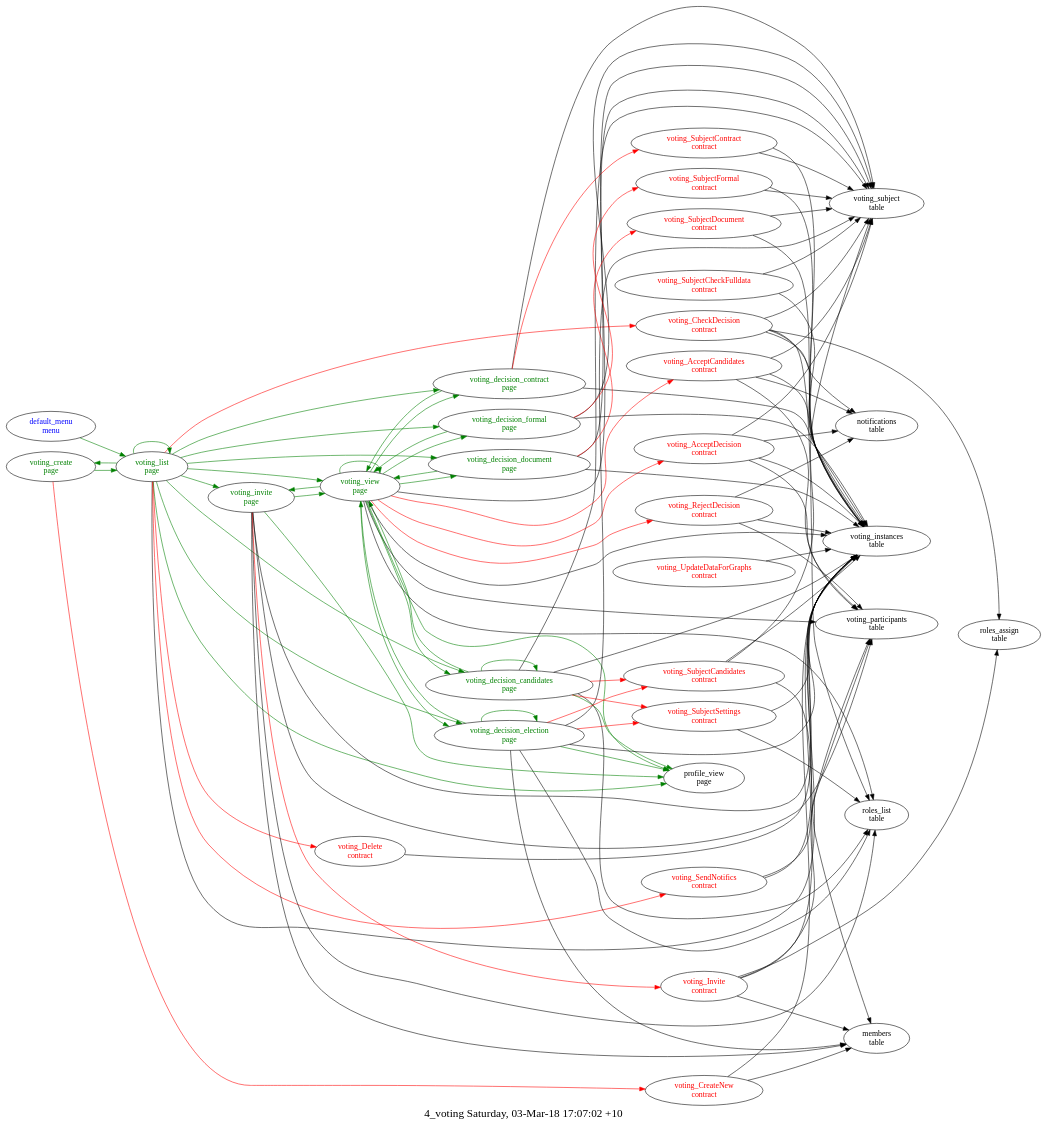
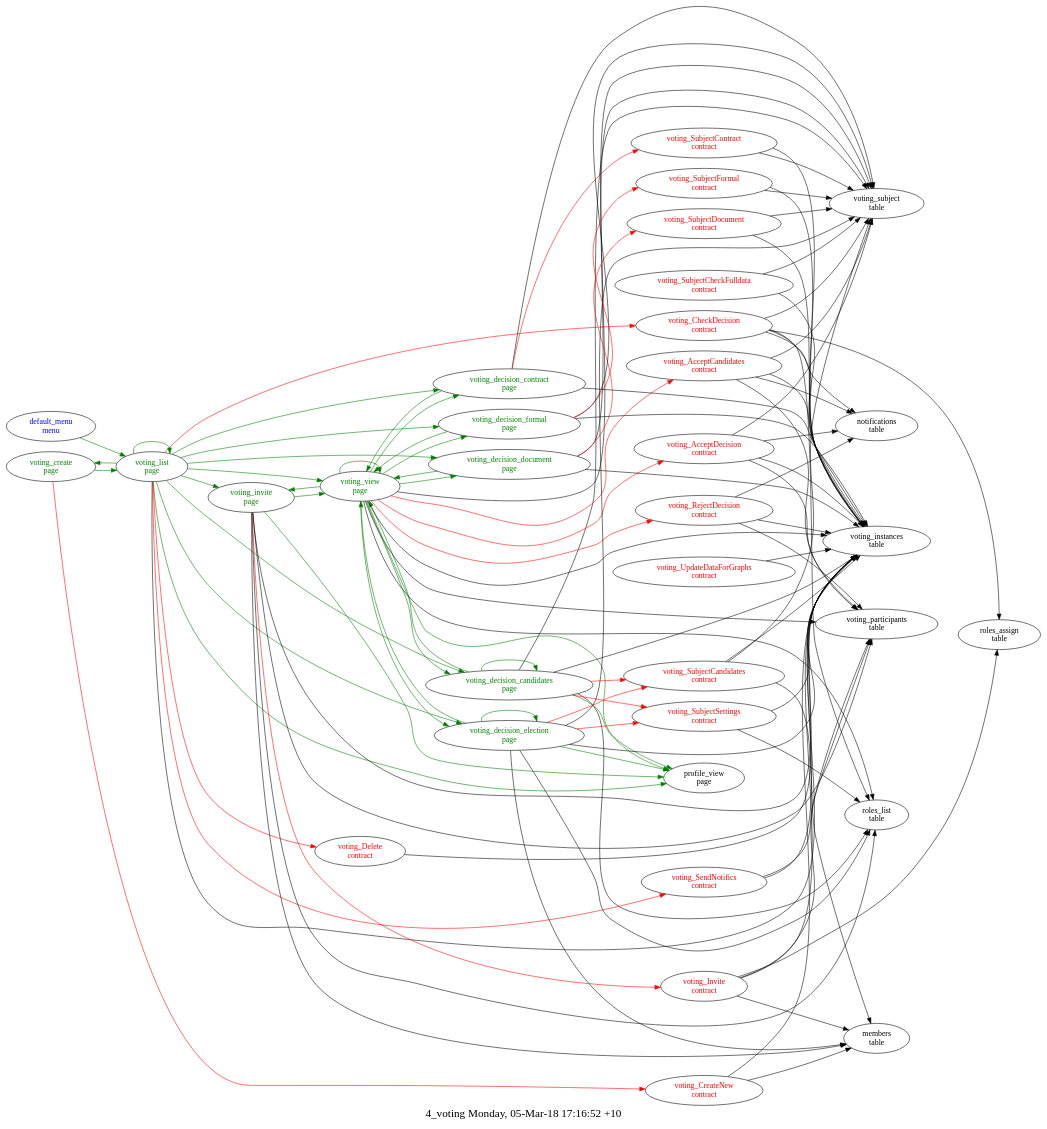
The diagram in src/basic/common/4_voting/struct.dot (AplaProject/apps), drawn with Graphviz before and after one commit. The commit also changed 70 other files, not shown here.

```diff
--- a/src/basic/common/4_voting/struct.dot
+++ b/src/basic/common/4_voting/struct.dot
@@ -1,140 +1,140 @@
 digraph G {
 fontsize="20.0";
-label="4_voting Saturday, 03-Mar-18 17:07:02 +10";
+label="4_voting Monday, 05-Mar-18 17:16:52 +10";
 rankdir=LR;
 "voting_CheckDecision\ncontract" -> "voting_instances\ntable"
 "voting_CheckDecision\ncontract" -> "voting_subject\ntable"
 "voting_CheckDecision\ncontract" -> "notifications\ntable"
 "voting_CheckDecision\ncontract" -> "roles_list\ntable"
 "voting_CheckDecision\ncontract" -> "roles_assign\ntable"
 "voting_CheckDecision\ncontract" [fontcolor=red, group=contracts];
 "voting_UpdateDataForGraphs\ncontract" -> "voting_instances\ntable"
 "voting_UpdateDataForGraphs\ncontract" [fontcolor=red, group=contracts];
 "voting_AcceptCandidates\ncontract" -> "voting_instances\ntable"
 "voting_AcceptCandidates\ncontract" -> "voting_subject\ntable"
 "voting_AcceptCandidates\ncontract" -> "voting_participants\ntable"
 "voting_AcceptCandidates\ncontract" -> "notifications\ntable"
 "voting_AcceptCandidates\ncontract" [fontcolor=red, group=contracts];
 "voting_Invite\ncontract" -> "voting_instances\ntable"
 "voting_Invite\ncontract" -> "voting_participants\ntable"
 "voting_Invite\ncontract" -> "members\ntable"
 "voting_Invite\ncontract" -> "roles_assign\ntable"
 "voting_Invite\ncontract" [fontcolor=red, group=contracts];
 "voting_Delete\ncontract" -> "voting_instances\ntable"
 "voting_Delete\ncontract" [fontcolor=red, group=contracts];
 "voting_CreateNew\ncontract" -> "members\ntable"
 "voting_CreateNew\ncontract" -> "voting_instances\ntable"
 "voting_CreateNew\ncontract" [fontcolor=red, group=contracts];
 "voting_AcceptDecision\ncontract" -> "voting_instances\ntable"
 "voting_AcceptDecision\ncontract" -> "voting_subject\ntable"
 "voting_AcceptDecision\ncontract" -> "voting_participants\ntable"
 "voting_AcceptDecision\ncontract" -> "notifications\ntable"
 "voting_AcceptDecision\ncontract" [fontcolor=red, group=contracts];
 "voting_SendNotifics\ncontract" -> "voting_instances\ntable"
 "voting_SendNotifics\ncontract" -> "voting_participants\ntable"
 "voting_SendNotifics\ncontract" [fontcolor=red, group=contracts];
 "voting_SubjectCheckFulldata\ncontract" -> "voting_instances\ntable"
 "voting_SubjectCheckFulldata\ncontract" -> "voting_subject\ntable"
 "voting_SubjectCheckFulldata\ncontract" [fontcolor=red, group=contracts];
 "voting_SubjectCandidates\ncontract" -> "voting_instances\ntable"
 "voting_SubjectCandidates\ncontract" -> "voting_subject\ntable"
 "voting_SubjectCandidates\ncontract" -> "members\ntable"
 "voting_SubjectCandidates\ncontract" [fontcolor=red, group=contracts];
 "voting_SubjectContract\ncontract" -> "voting_instances\ntable"
 "voting_SubjectContract\ncontract" -> "voting_subject\ntable"
 "voting_SubjectContract\ncontract" [fontcolor=red, group=contracts];
 "voting_SubjectDocument\ncontract" -> "voting_instances\ntable"
 "voting_SubjectDocument\ncontract" -> "voting_subject\ntable"
 "voting_SubjectDocument\ncontract" [fontcolor=red, group=contracts];
 "voting_SubjectFormal\ncontract" -> "voting_instances\ntable"
 "voting_SubjectFormal\ncontract" -> "voting_subject\ntable"
 "voting_SubjectFormal\ncontract" [fontcolor=red, group=contracts];
 "voting_SubjectSettings\ncontract" -> "voting_instances\ntable"
 "voting_SubjectSettings\ncontract" -> "roles_list\ntable"
 "voting_SubjectSettings\ncontract" [fontcolor=red, group=contracts];
 "voting_RejectDecision\ncontract" -> "voting_instances\ntable"
 "voting_RejectDecision\ncontract" -> "voting_participants\ntable"
 "voting_RejectDecision\ncontract" -> "notifications\ntable"
 "voting_RejectDecision\ncontract" [fontcolor=red, group=contracts];
 "default_menu\nmenu" -> "voting_list\npage"  [ color=green ]
 "default_menu\nmenu" [fontcolor=blue, group=menus];
 "voting_create\npage" -> "voting_CreateNew\ncontract"  [ color=red ]
 "voting_create\npage" -> "voting_list\npage"  [ color=green ]
 "voting_create\npage" [fontcolor=green, group=pages];
 "voting_decision_candidates\npage" -> "voting_SubjectCandidates\ncontract"  [ color=red ]
 "voting_decision_candidates\npage" -> "voting_SubjectSettings\ncontract"  [ color=red ]
 "voting_decision_candidates\npage" -> "voting_instances\ntable"
 "voting_decision_candidates\npage" -> "voting_subject\ntable"
 "voting_decision_candidates\npage" -> "roles_list\ntable"
 "voting_decision_candidates\npage" -> "voting_decision_candidates\npage"  [ color=green ]
 "voting_decision_candidates\npage" -> "profile_view\npage"  [ color=green ]
 "voting_decision_candidates\npage" -> "voting_view\npage"  [ color=green ]
 "voting_decision_candidates\npage" [fontcolor=green, group=pages];
 "voting_decision_contract\npage" -> "voting_SubjectContract\ncontract"  [ color=red ]
 "voting_decision_contract\npage" -> "voting_instances\ntable"
 "voting_decision_contract\npage" -> "voting_subject\ntable"
 "voting_decision_contract\npage" -> "voting_view\npage"  [ color=green ]
 "voting_decision_contract\npage" [fontcolor=green, group=pages];
 "voting_decision_document\npage" -> "voting_SubjectDocument\ncontract"  [ color=red ]
 "voting_decision_document\npage" -> "voting_instances\ntable"
 "voting_decision_document\npage" -> "voting_subject\ntable"
 "voting_decision_document\npage" -> "voting_view\npage"  [ color=green ]
 "voting_decision_document\npage" [fontcolor=green, group=pages];
 "voting_decision_election\npage" -> "voting_SubjectCandidates\ncontract"  [ color=red ]
 "voting_decision_election\npage" -> "voting_SubjectSettings\ncontract"  [ color=red ]
 "voting_decision_election\npage" -> "voting_instances\ntable"
 "voting_decision_election\npage" -> "members\ntable"
 "voting_decision_election\npage" -> "voting_subject\ntable"
 "voting_decision_election\npage" -> "roles_list\ntable"
 "voting_decision_election\npage" -> "voting_decision_election\npage"  [ color=green ]
 "voting_decision_election\npage" -> "profile_view\npage"  [ color=green ]
 "voting_decision_election\npage" -> "voting_view\npage"  [ color=green ]
 "voting_decision_election\npage" [fontcolor=green, group=pages];
 "voting_decision_formal\npage" -> "voting_SubjectFormal\ncontract"  [ color=red ]
 "voting_decision_formal\npage" -> "voting_instances\ntable"
 "voting_decision_formal\npage" -> "voting_subject\ntable"
 "voting_decision_formal\npage" -> "voting_view\npage"  [ color=green ]
 "voting_decision_formal\npage" [fontcolor=green, group=pages];
 "voting_invite\npage" -> "voting_Invite\ncontract"  [ color=red ]
 "voting_invite\npage" -> "voting_instances\ntable"
 "voting_invite\npage" -> "voting_participants\ntable"
 "voting_invite\npage" -> "members\ntable"
 "voting_invite\npage" -> "roles_list\ntable"
 "voting_invite\npage" -> "profile_view\npage"  [ color=green ]
 "voting_invite\npage" -> "voting_view\npage"  [ color=green ]
 "voting_invite\npage" [fontcolor=green, group=pages];
 "voting_list\npage" -> "voting_SendNotifics\ncontract"  [ color=red ]
 "voting_list\npage" -> "voting_CheckDecision\ncontract"  [ color=red ]
 "voting_list\npage" -> "voting_Delete\ncontract"  [ color=red ]
 "voting_list\npage" -> "voting_instances\ntable"
 "voting_list\npage" -> "voting_view\npage"  [ color=green ]
 "voting_list\npage" -> "voting_decision_candidates\npage"  [ color=green ]
 "voting_list\npage" -> "voting_decision_election\npage"  [ color=green ]
 "voting_list\npage" -> "voting_decision_document\npage"  [ color=green ]
 "voting_list\npage" -> "voting_decision_formal\npage"  [ color=green ]
 "voting_list\npage" -> "voting_decision_contract\npage"  [ color=green ]
 "voting_list\npage" -> "voting_invite\npage"  [ color=green ]
 "voting_list\npage" -> "voting_list\npage"  [ color=green ]
 "voting_list\npage" -> "profile_view\npage"  [ color=green ]
 "voting_list\npage" -> "voting_create\npage"  [ color=green ]
 "voting_list\npage" [fontcolor=green, group=pages];
 "voting_view\npage" -> "voting_AcceptCandidates\ncontract"  [ color=red ]
 "voting_view\npage" -> "voting_RejectDecision\ncontract"  [ color=red ]
 "voting_view\npage" -> "voting_AcceptDecision\ncontract"  [ color=red ]
 "voting_view\npage" -> "voting_instances\ntable"
 "voting_view\npage" -> "voting_participants\ntable"
 "voting_view\npage" -> "roles_list\ntable"
 "voting_view\npage" -> "voting_subject\ntable"
 "voting_view\npage" -> "profile_view\npage"  [ color=green ]
 "voting_view\npage" -> "voting_view\npage"  [ color=green ]
 "voting_view\npage" -> "voting_decision_candidates\npage"  [ color=green ]
 "voting_view\npage" -> "voting_decision_election\npage"  [ color=green ]
 "voting_view\npage" -> "voting_decision_document\npage"  [ color=green ]
 "voting_view\npage" -> "voting_decision_formal\npage"  [ color=green ]
 "voting_view\npage" -> "voting_decision_contract\npage"  [ color=green ]
 "voting_view\npage" -> "voting_invite\npage"  [ color=green ]
 "voting_view\npage" [fontcolor=green, group=pages];
 "voting_instances\ntable" [group=tables];
 "voting_participants\ntable" [group=tables];
 "voting_subject\ntable" [group=tables];
 }
```
